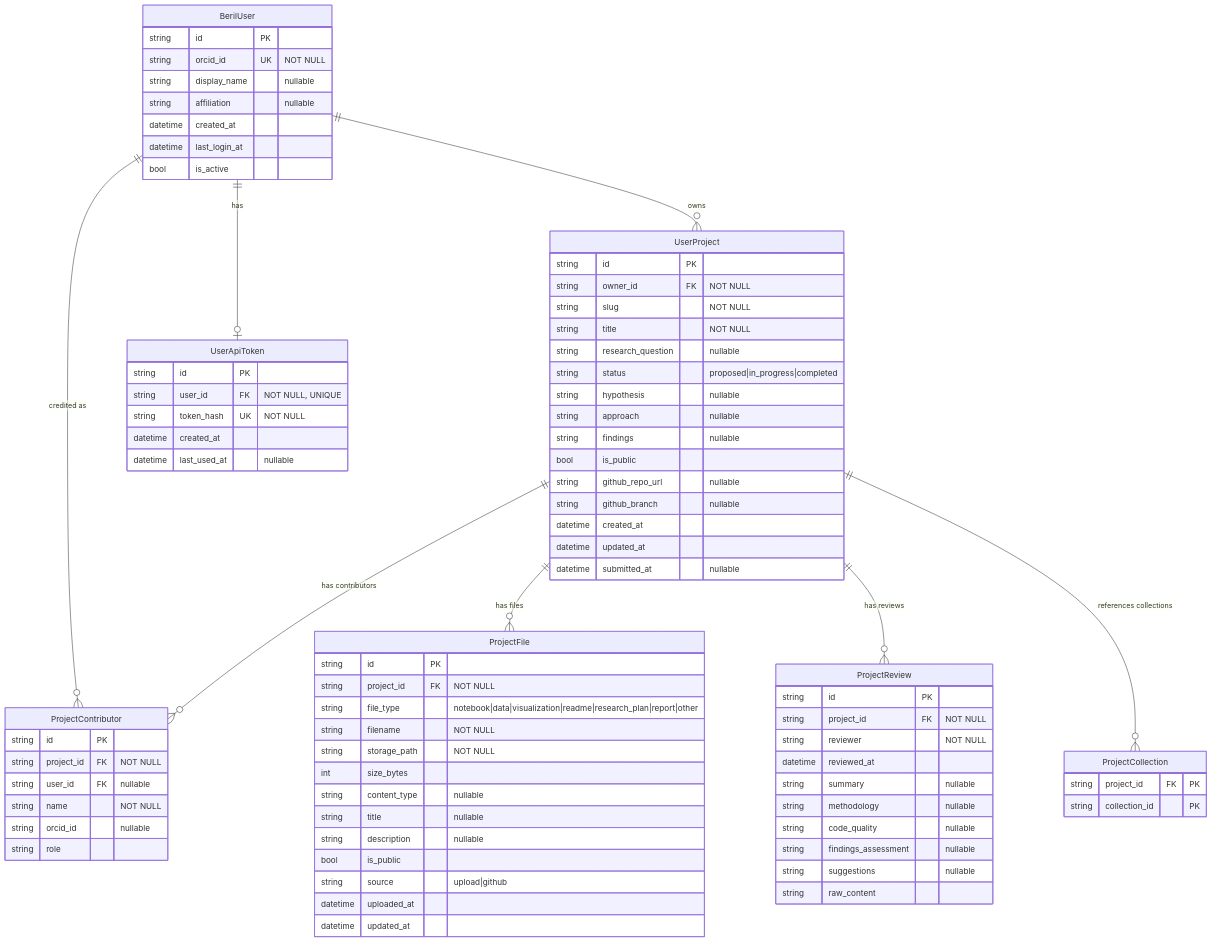
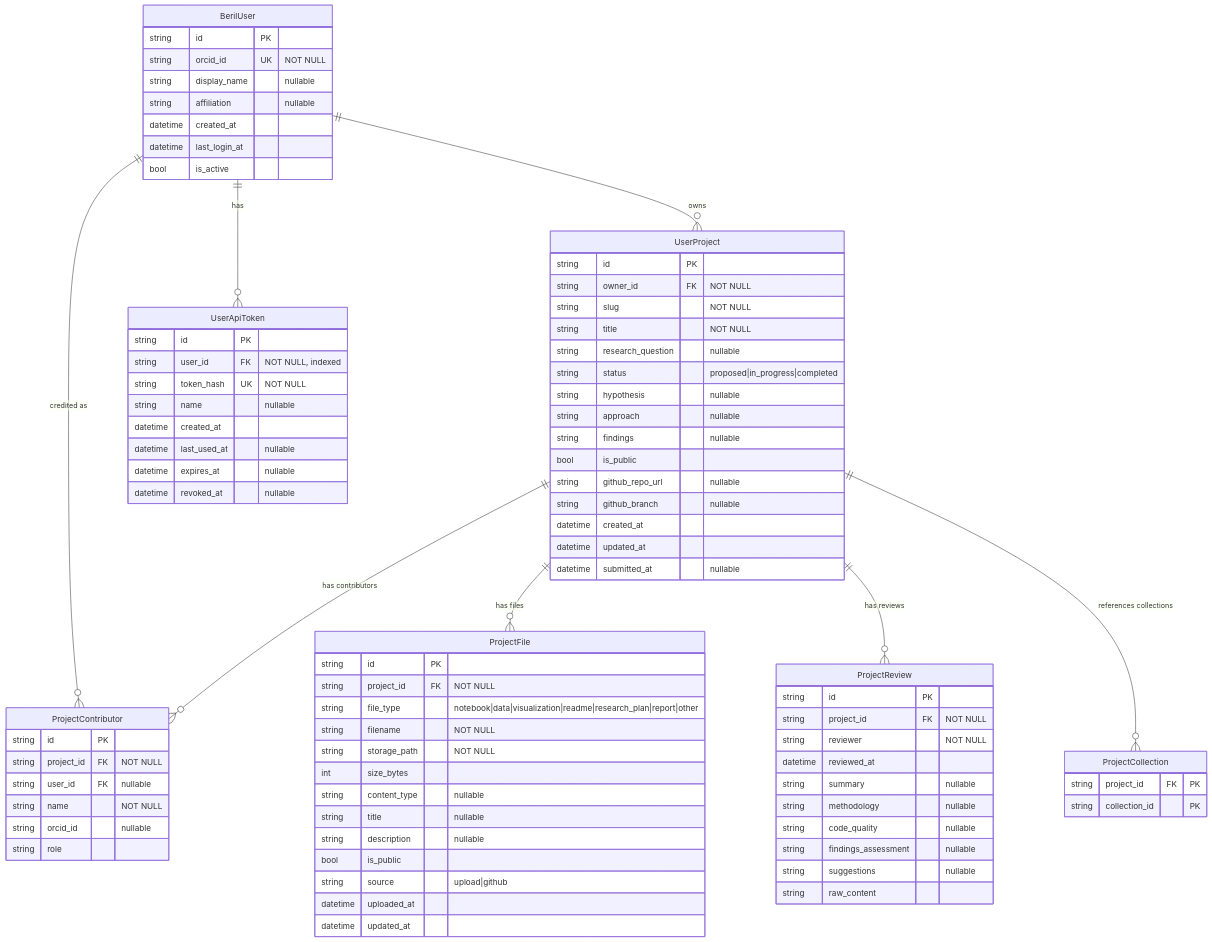
The diagram in ui/app/db/schema.md (kbaseincubator/BERIL-research-observatory), drawn with Mermaid before and after one commit. The commit also changed 5 other files, not shown here.

```diff
--- a/ui/app/db/schema.md
+++ b/ui/app/db/schema.md
@@ -70,10 +70,13 @@
 
     UserApiToken {
         string id PK
-        string user_id FK "NOT NULL, UNIQUE"
+        string user_id FK "NOT NULL, indexed"
         string token_hash UK "NOT NULL"
+        string name "nullable"
         datetime created_at
         datetime last_used_at "nullable"
+        datetime expires_at "nullable"
+        datetime revoked_at "nullable"
     }
 
     ProjectCollection {
@@ -82,7 +85,7 @@
     }
 
     BerilUser ||--o{ UserProject : "owns"
-    BerilUser ||--o| UserApiToken : "has"
+    BerilUser ||--o{ UserApiToken : "has"
     BerilUser ||--o{ ProjectContributor : "credited as"
     UserProject ||--o{ ProjectContributor : "has contributors"
     UserProject ||--o{ ProjectFile : "has files"
```
